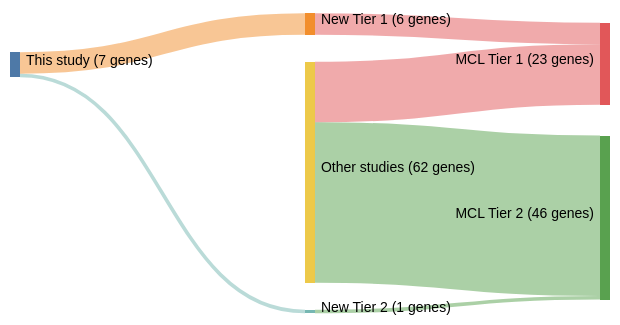
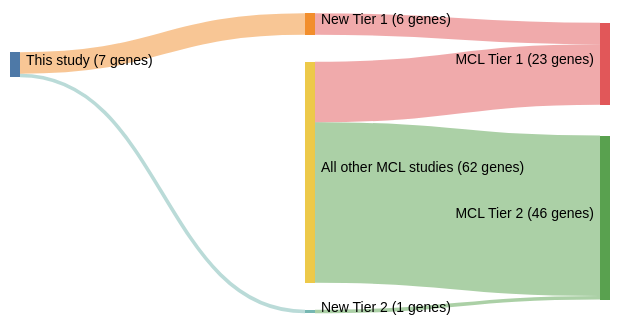
One commit to morinlab/lymphopedia changed the diagram in papers/pararajalingamCodingNoncodingDrivers2020.md. Above: the diagram before and after it, drawn with Mermaid (neutral theme). The commit also changed 82 other files, not shown here.

````diff
--- a/papers/pararajalingamCodingNoncodingDrivers2020.md
+++ b/papers/pararajalingamCodingNoncodingDrivers2020.md
@@ -13,20 +13,20 @@
 ```mermaid
 ---
 config:
     sankey:
         showValues: true
         linkColor: target
         width: 600
         height: 300
         nodeAlignment: right
         prefix: '('
         suffix: ' genes)'
 ---
 sankey-beta
 This study, New Tier 1, 6
 New Tier 1, MCL Tier 1, 6
 This study, New Tier 2, 1
 New Tier 2, MCL Tier 2, 1
-Other studies, MCL Tier 1, 17
-Other studies, MCL Tier 2, 45
+All other MCL studies, MCL Tier 1, 17
+All other MCL studies, MCL Tier 2, 45
 ```
````
